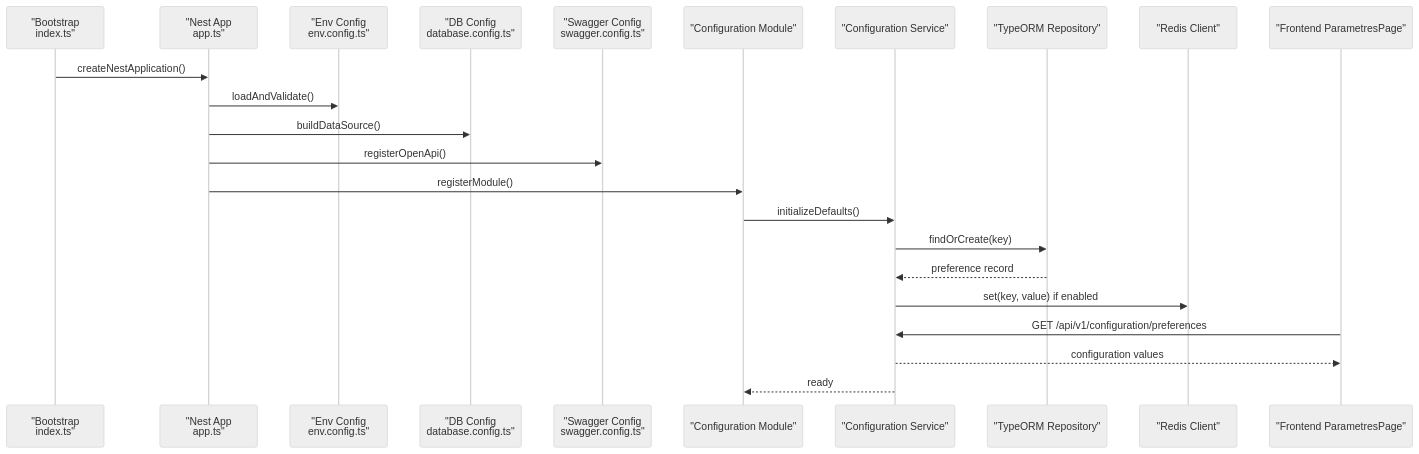
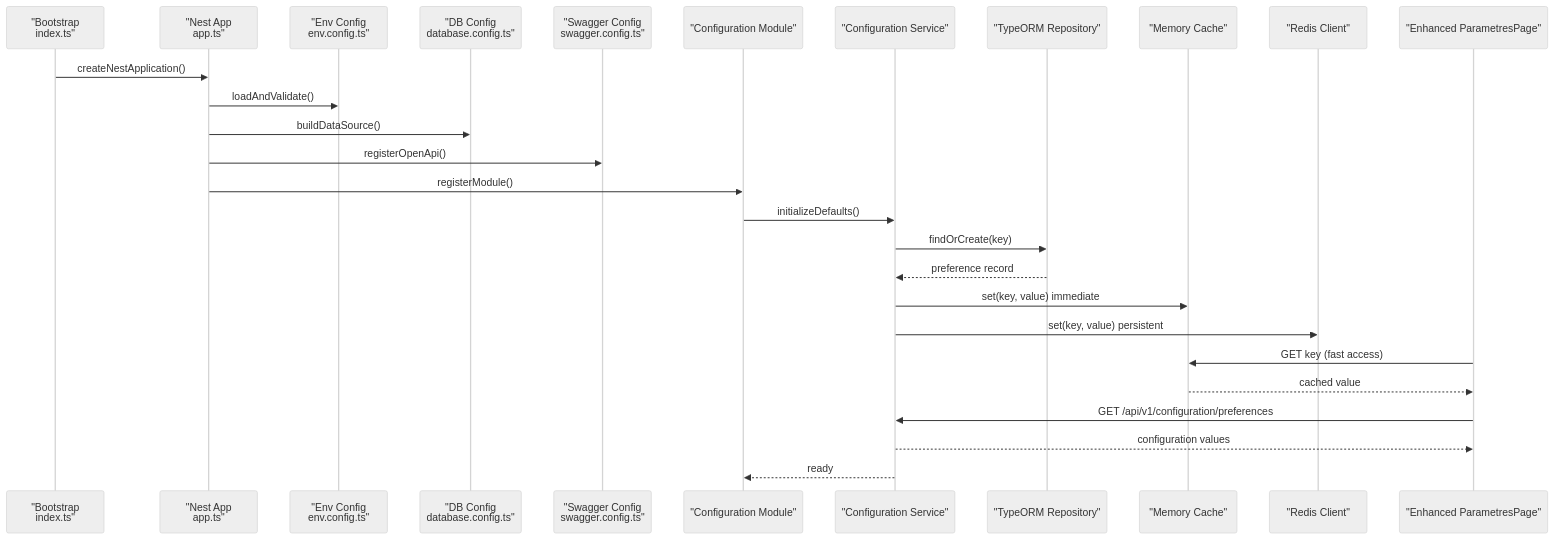
The second of 5 diagrams in .qoder/repowiki/en/content/System Architecture/Backend Architecture/Configuration & Environment Management.md (franckylab/eLISAschool), drawn with Mermaid (neutral theme) before and after one commit. The commit also changed other lines of this file and 483 other files, not shown here.

````diff
--- a/.qoder/repowiki/en/content/System Architecture/Backend Architecture/Configuration & Environment Management.md
+++ b/.qoder/repowiki/en/content/System Architecture/Backend Architecture/Configuration & Environment Management.md
@@ -139,25 +144,29 @@
 ```mermaid
 sequenceDiagram
 participant Boot as "Bootstrap<br/>index.ts"
 participant App as "Nest App<br/>app.ts"
 participant Env as "Env Config<br/>env.config.ts"
 participant DB as "DB Config<br/>database.config.ts"
 participant SW as "Swagger Config<br/>swagger.config.ts"
 participant Mod as "Configuration Module"
 participant Svc as "Configuration Service"
 participant Repo as "TypeORM Repository"
-participant Cache as "Redis Client"
-participant FE as "Frontend ParametresPage"
+participant MemCache as "Memory Cache"
+participant Redis as "Redis Client"
+participant FE as "Enhanced ParametresPage"
 Boot->>App : createNestApplication()
 App->>Env : loadAndValidate()
 App->>DB : buildDataSource()
 App->>SW : registerOpenApi()
 App->>Mod : registerModule()
 Mod->>Svc : initializeDefaults()
 Svc->>Repo : findOrCreate(key)
 Repo-->>Svc : preference record
-Svc->>Cache : set(key, value) if enabled
+Svc->>MemCache : set(key, value) immediate
+Svc->>Redis : set(key, value) persistent
+FE->>MemCache : GET key (fast access)
+MemCache-->>FE : cached value
 FE->>Svc : GET /api/v1/configuration/preferences
 Svc-->>FE : configuration values
 Svc-->>Mod : ready
 ```
````
